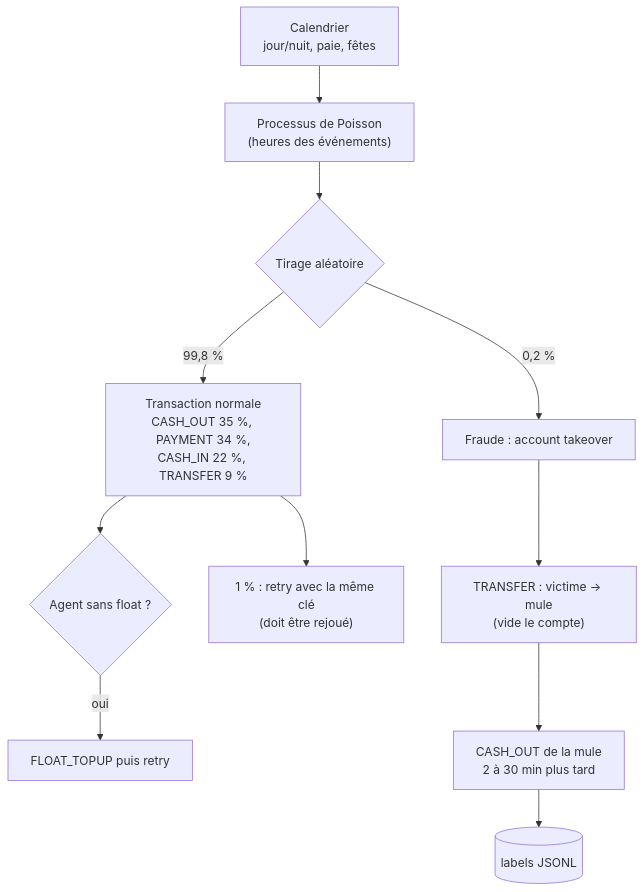
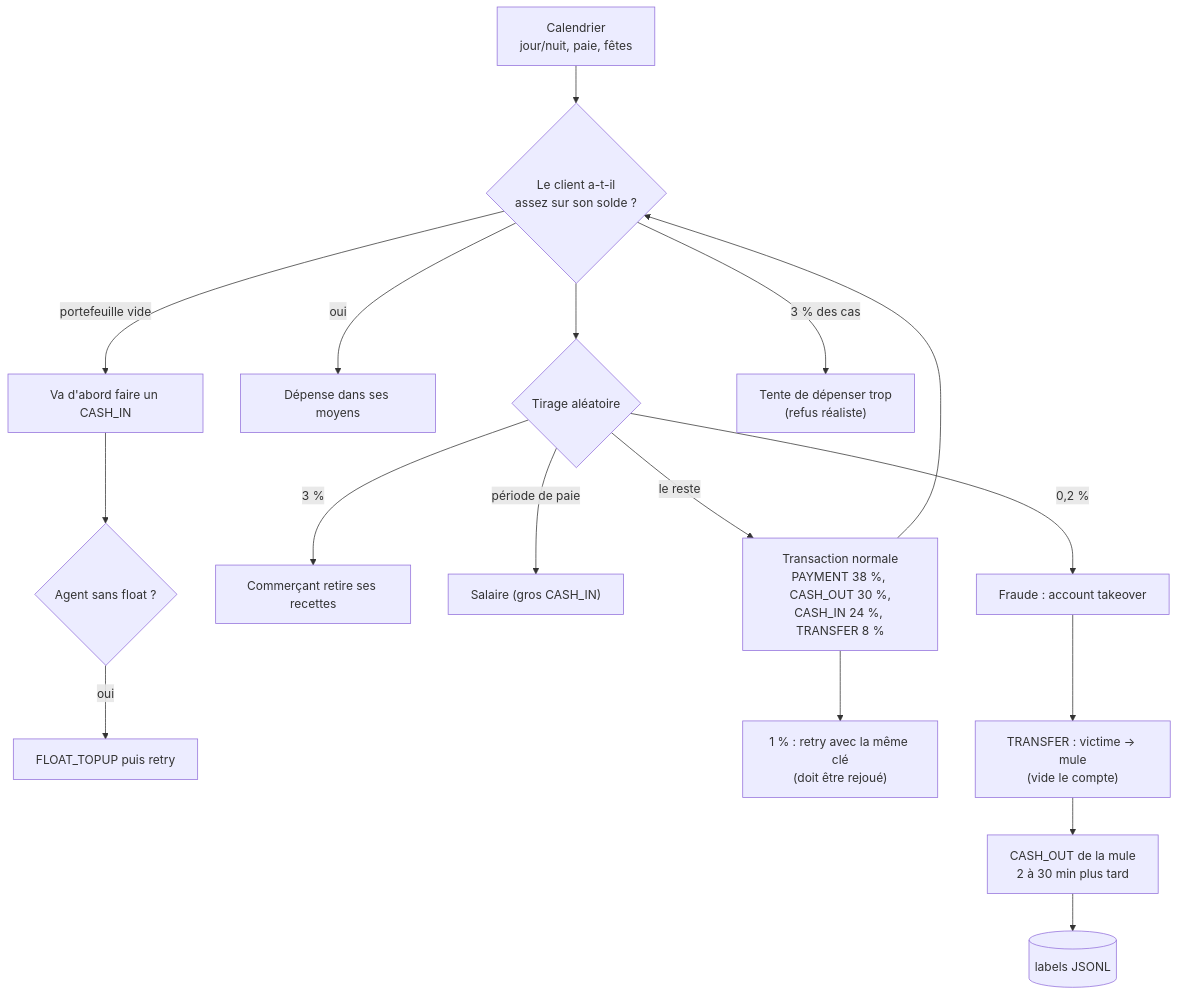
One commit to AlouCoding/kaarangepay-data-platform changed the seventh of 7 diagrams in docs/GUIDE-FR.md. Above: the diagram before and after it, drawn with Mermaid. The commit also changed other lines of this file and 9 other files, not shown here.

Commit message:
feat(generator): v1.1 balanced money flows, merchant cash-out, build cache

````diff
--- a/docs/GUIDE-FR.md
+++ b/docs/GUIDE-FR.md
@@ -248,13 +249,19 @@
 ```mermaid
 flowchart TD
     A["Calendrier<br/>jour/nuit, paie, fêtes"] --> B["Processus de Poisson<br/>(heures des événements)"]
     B --> C{"Tirage aléatoire"}
     C -->|"0,2 %"| F["Fraude : account takeover"]
-    C -->|"99,8 %"| N["Transaction normale<br/>CASH_OUT 35 %, PAYMENT 34 %,<br/>CASH_IN 22 %, TRANSFER 9 %"]
-    N --> D{"Agent sans float ?"}
+    C -->|"3 %"| MC["Commerçant retire ses recettes"]
+    C -->|"période de paie"| S["Salaire (gros CASH_IN)"]
+    C -->|"le reste"| N["Transaction normale<br/>PAYMENT 38 %, CASH_OUT 30 %,<br/>CASH_IN 24 %, TRANSFER 8 %"]
+    N --> B{"Le client a-t-il<br/>assez sur son solde ?"}
+    B -->|"oui"| OK["Dépense dans ses moyens"]
+    B -->|"portefeuille vide"| CI["Va d'abord faire un CASH_IN"]
+    B -->|"3 % des cas"| OS["Tente de dépenser trop<br/>(refus réaliste)"]
+    CI --> D{"Agent sans float ?"}
     D -->|"oui"| T["FLOAT_TOPUP puis retry"]
     N --> R["1 % : retry avec la même clé<br/>(doit être rejoué)"]
     F --> F1["TRANSFER : victime → mule<br/>(vide le compte)"]
     F1 --> F2["CASH_OUT de la mule<br/>2 à 30 min plus tard"]
     F2 --> L[("labels JSONL")]
 ```
````
